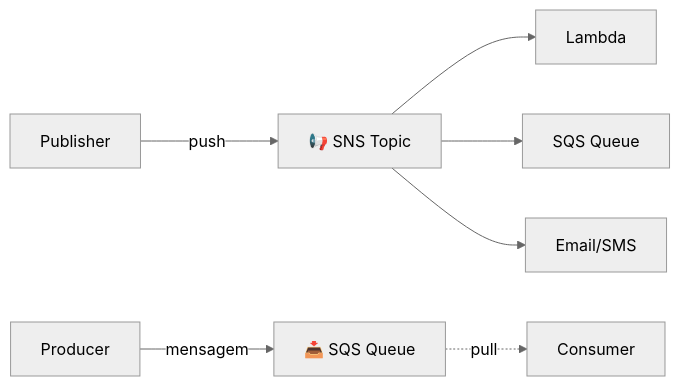
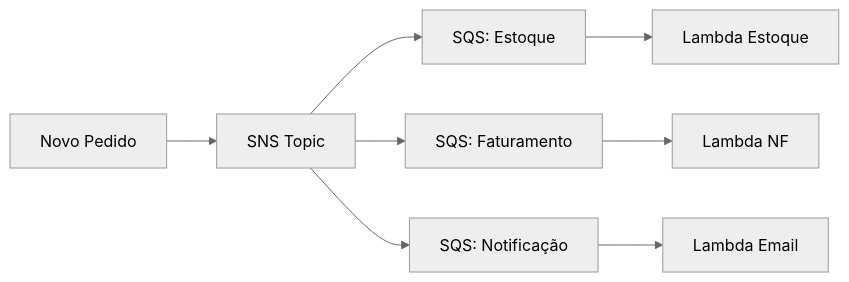
The second of 2 diagrams in 03-tecnologia-e-servicos/3.7-integracao-mensageria.md (ckoliveiraa/AWS-Certified-Cloud-Practitioner-CLF-C02-), drawn with Mermaid (neutral theme) before and after one commit. The commit also changed other lines of this file, not shown here.

Commit message:
Aula 3.7: amplia com sync vs async, fan-out, recursos extras (filtering, DLQ, Pipes, Scheduler) e diagrama melhorado

````diff
--- a/03-tecnologia-e-servicos/3.7-integracao-mensageria.md
+++ b/03-tecnologia-e-servicos/3.7-integracao-mensageria.md
@@ -3,9 +106,10 @@
 ```mermaid
 flowchart LR
-    P[Publisher] -->|push| SNS[📢 SNS Topic]
-    SNS --> L[Lambda]
-    SNS --> Q[SQS Queue]
-    SNS --> EM[Email/SMS]
-    Prod[Producer] -->|mensagem| SQS2[📥 SQS Queue]
-    SQS2 -.->|pull| C[Consumer]
+    Order[Novo Pedido] --> SNS[SNS Topic]
+    SNS --> Q1[SQS: Estoque]
+    SNS --> Q2[SQS: Faturamento]
+    SNS --> Q3[SQS: Notificação]
+    Q1 --> S1[Lambda Estoque]
+    Q2 --> S2[Lambda NF]
+    Q3 --> S3[Lambda Email]
 ```
````
